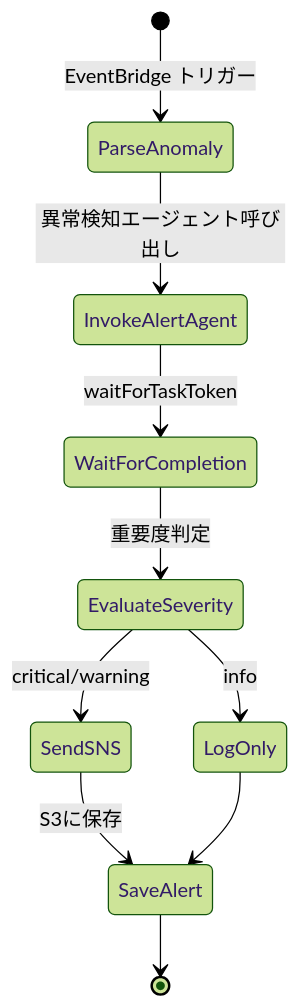
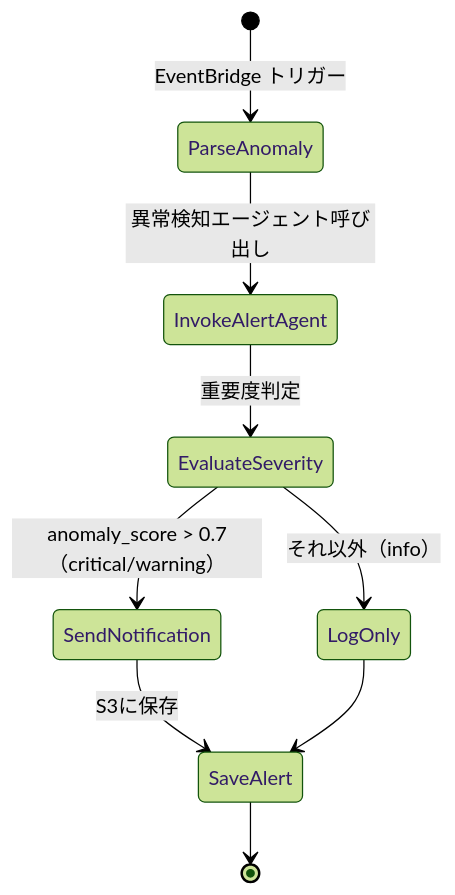
Before and after one commit to RyosukeSomeya/AI-agent-sample: the fifth of 5 diagrams in docs/specs/weather-agent-spec.md, drawn with Mermaid (forest theme). The commit also changed other lines of this file and 4 other files, not shown here.

````diff
--- a/docs/specs/weather-agent-spec.md
+++ b/docs/specs/weather-agent-spec.md
@@ -527,12 +529,11 @@
 ```mermaid
 stateDiagram-v2
     [*] --> ParseAnomaly: EventBridge トリガー
     ParseAnomaly --> InvokeAlertAgent: 異常検知エージェント呼び出し
-    InvokeAlertAgent --> WaitForCompletion: waitForTaskToken
-    WaitForCompletion --> EvaluateSeverity: 重要度判定
-    EvaluateSeverity --> SendSNS: critical/warning
-    EvaluateSeverity --> LogOnly: info
-    SendSNS --> SaveAlert: S3に保存
+    InvokeAlertAgent --> EvaluateSeverity: 重要度判定
+    EvaluateSeverity --> SendNotification: anomaly_score > 0.7（critical/warning）
+    EvaluateSeverity --> LogOnly: それ以外（info）
+    SendNotification --> SaveAlert: S3に保存
     LogOnly --> SaveAlert
     SaveAlert --> [*]
 ```
````
